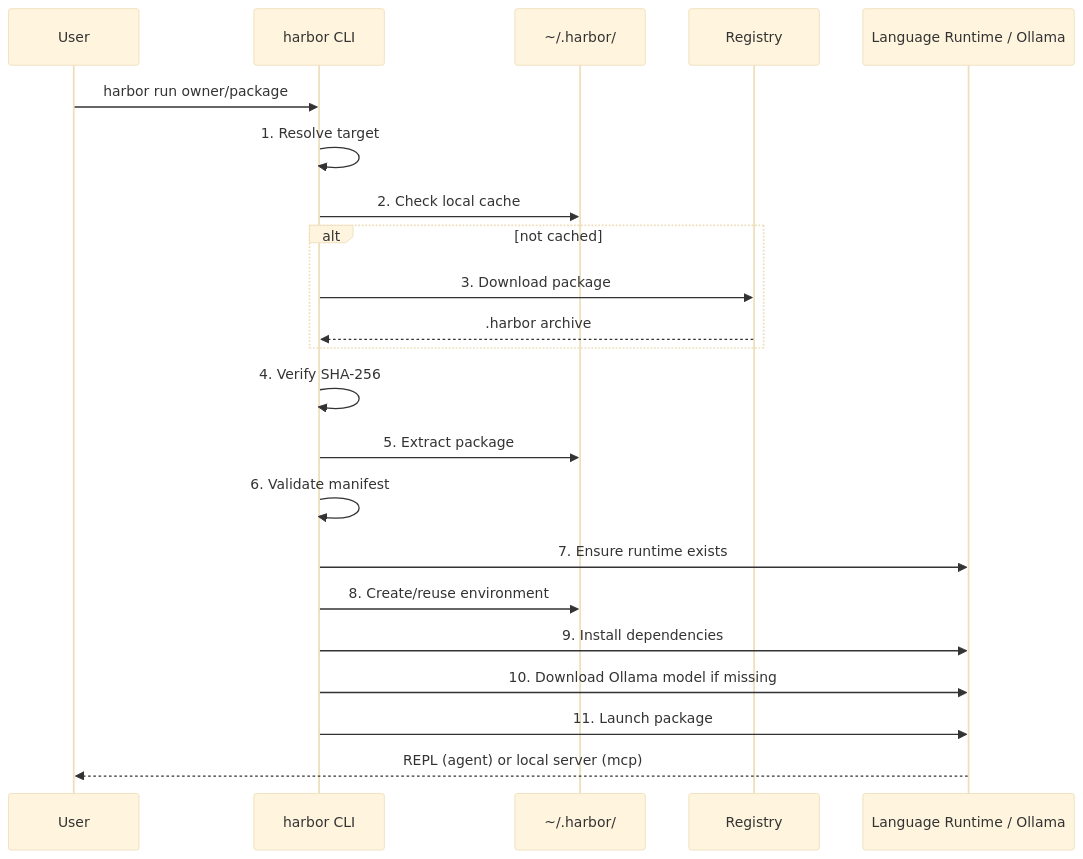
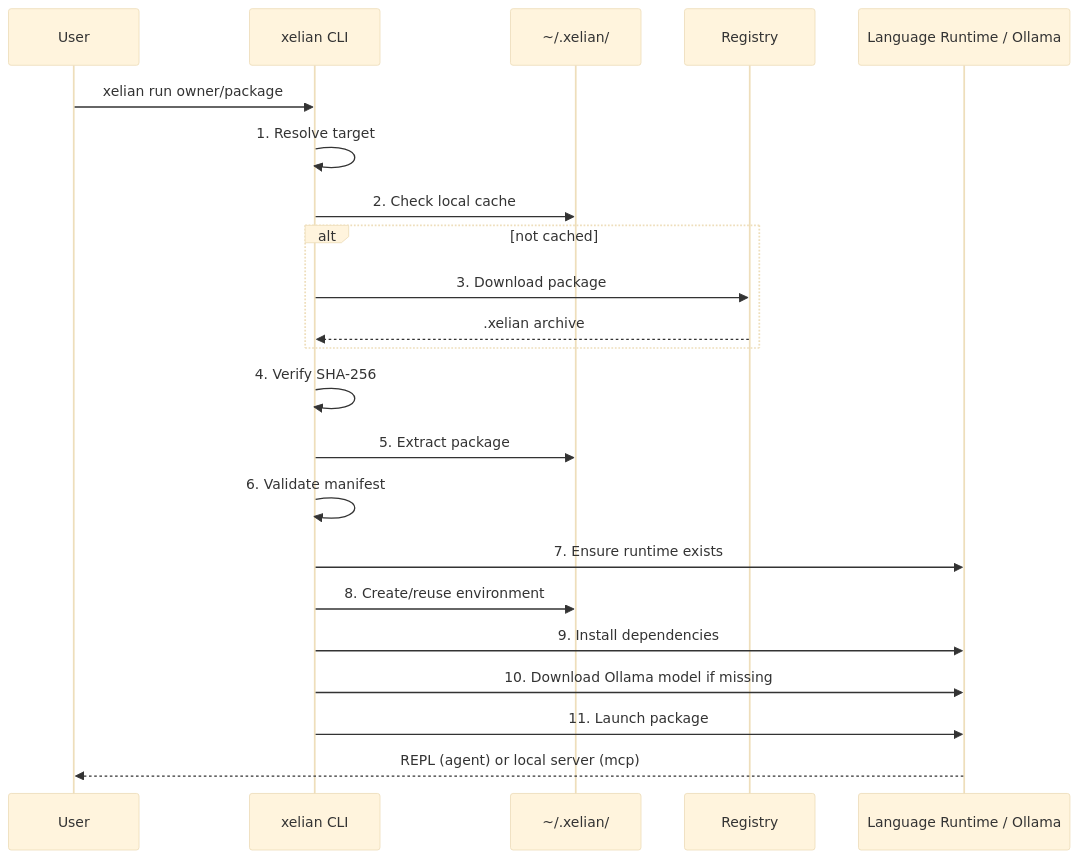
The second of 3 diagrams in SPEC.md (yuvitbatra/Xelian), drawn with Mermaid (base theme) before and after one commit. The commit also changed other lines of this file and 70 other files, not shown here.

First line of the commit message:
H-200: rename Harbor -> Xelian across the entire project

````diff
--- a/SPEC.md
+++ b/SPEC.md
@@ -609,25 +609,25 @@
 ```mermaid
 sequenceDiagram
     participant U as User
-    participant C as harbor CLI
-    participant Cache as ~/.harbor/
+    participant C as xelian CLI
+    participant Cache as ~/.xelian/
     participant R as Registry
     participant Sys as Language Runtime / Ollama
 
-    U->>C: harbor run owner/package
+    U->>C: xelian run owner/package
     C->>C: 1. Resolve target
     C->>Cache: 2. Check local cache
     alt not cached
         C->>R: 3. Download package
-        R-->>C: .harbor archive
+        R-->>C: .xelian archive
     end
     C->>C: 4. Verify SHA-256
     C->>Cache: 5. Extract package
     C->>C: 6. Validate manifest
     C->>Sys: 7. Ensure runtime exists
     C->>Cache: 8. Create/reuse environment
     C->>Sys: 9. Install dependencies
     C->>Sys: 10. Download Ollama model if missing
     C->>Sys: 11. Launch package
     Sys-->>U: REPL (agent) or local server (mcp)
 ```
````
